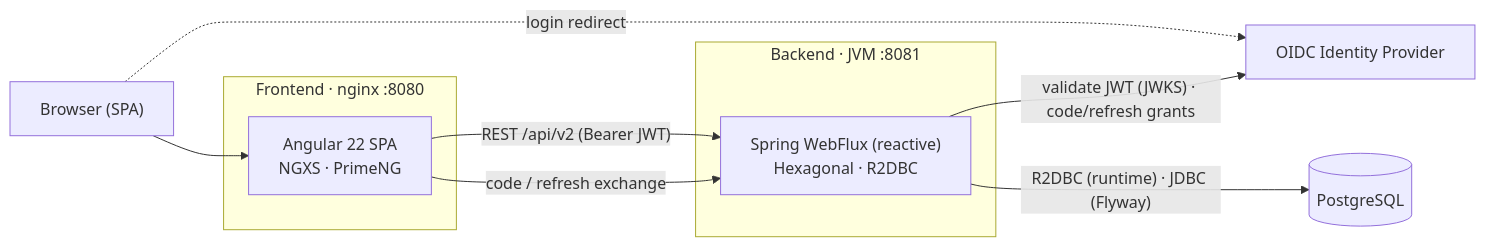
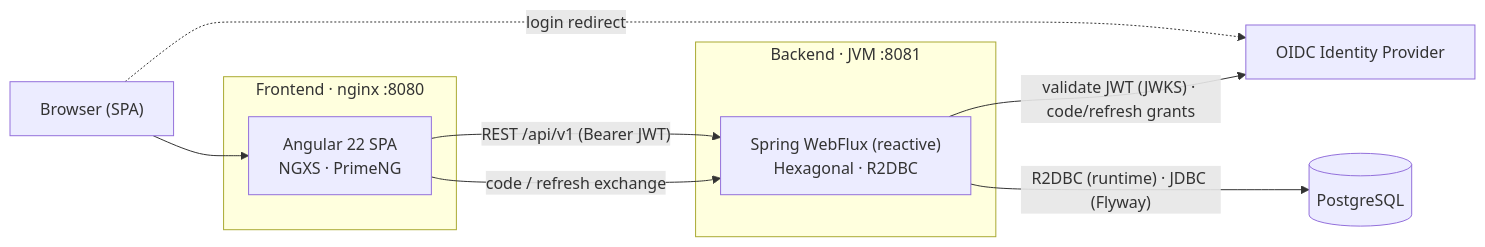
The diagram in documentation/registry/technical/index.md (laucoin/Documentations), drawn with Mermaid before and after one commit. The commit also changed other lines of this file and 57 other files, not shown here.

````diff
--- a/documentation/registry/technical/index.md
+++ b/documentation/registry/technical/index.md
@@ -9,19 +9,19 @@
 ```mermaid
 flowchart LR
     Browser["Browser (SPA)"]
     subgraph Frontend["Frontend · nginx :8080"]
       SPA["Angular 22 SPA<br/>NGXS · PrimeNG"]
     end
     subgraph Backend["Backend · JVM :8081"]
       API["Spring WebFlux (reactive)<br/>Hexagonal · R2DBC"]
     end
     IdP["OIDC Identity Provider"]
     DB[("PostgreSQL")]
 
     Browser --> SPA
-    SPA -- "REST /api/v2 (Bearer JWT)" --> API
+    SPA -- "REST /api/v1 (Bearer JWT)" --> API
     Browser -. "login redirect" .-> IdP
     SPA -- "code / refresh exchange" --> API
     API -- "validate JWT (JWKS) · code/refresh grants" --> IdP
     API -- "R2DBC (runtime) · JDBC (Flyway)" --> DB
 ```
````
